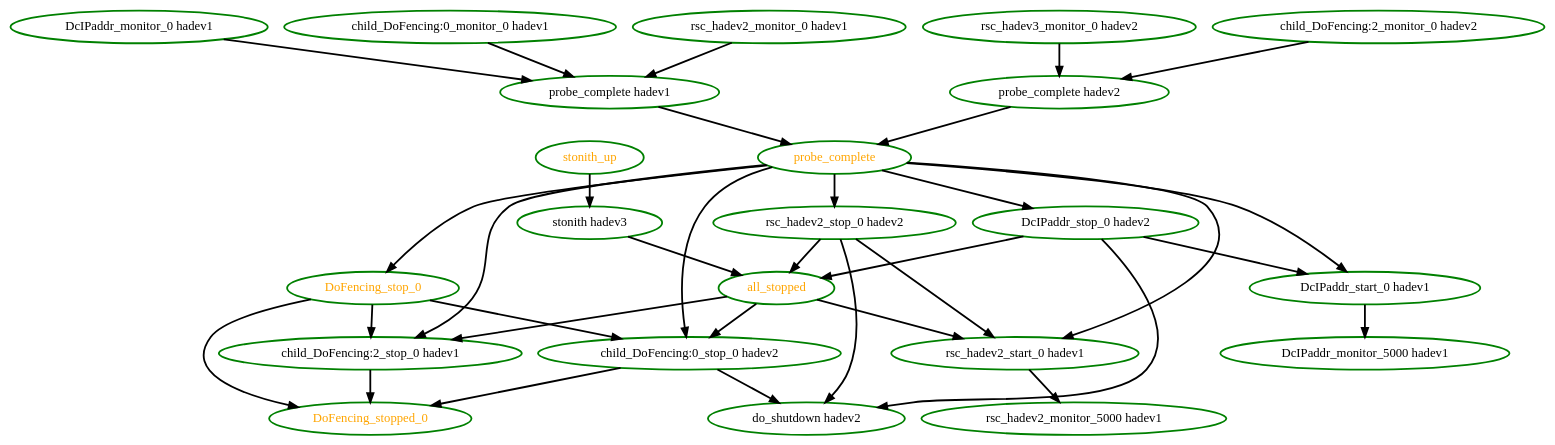
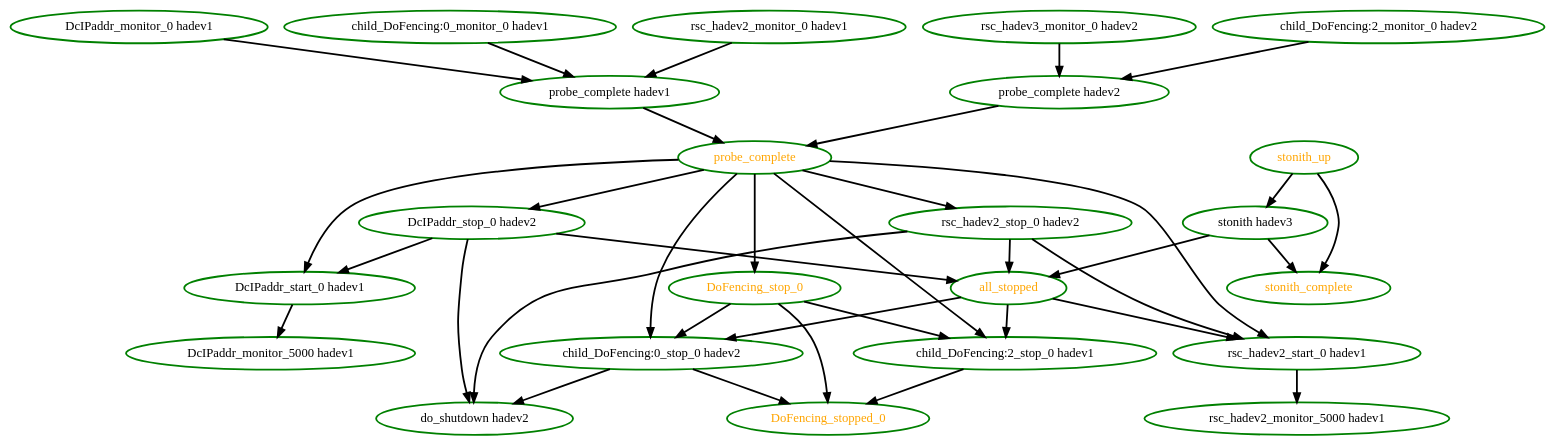
The diagram in pengine/test10/594.dot (linux-ha-japan/pm_diskd), drawn with Graphviz before and after one commit. The commit also changed 83 other files, not shown here.

Commit message:
Low: PE: Create a stonith-complete pseudo action that actions can depend on

```diff
--- a/pengine/test10/594.dot
+++ b/pengine/test10/594.dot
@@ -1,57 +1,60 @@
  digraph "g" {
 "DcIPaddr_monitor_0 hadev1" -> "probe_complete hadev1" [ style = bold]
 "DcIPaddr_monitor_0 hadev1" [ style=bold color="green" fontcolor="black" ]
 "DcIPaddr_monitor_5000 hadev1" [ style=bold color="green" fontcolor="black" ]
 "DcIPaddr_start_0 hadev1" -> "DcIPaddr_monitor_5000 hadev1" [ style = bold]
 "DcIPaddr_start_0 hadev1" [ style=bold color="green" fontcolor="black" ]
 "DcIPaddr_stop_0 hadev2" -> "DcIPaddr_start_0 hadev1" [ style = bold]
 "DcIPaddr_stop_0 hadev2" -> "all_stopped" [ style = bold]
 "DcIPaddr_stop_0 hadev2" -> "do_shutdown hadev2" [ style = bold]
 "DcIPaddr_stop_0 hadev2" [ style=bold color="green" fontcolor="black" ]
 "DoFencing_stop_0" -> "DoFencing_stopped_0" [ style = bold]
 "DoFencing_stop_0" -> "child_DoFencing:0_stop_0 hadev2" [ style = bold]
 "DoFencing_stop_0" -> "child_DoFencing:2_stop_0 hadev1" [ style = bold]
 "DoFencing_stop_0" [ style=bold color="green" fontcolor="orange" ]
 "DoFencing_stopped_0" [ style=bold color="green" fontcolor="orange" ]
 "all_stopped" -> "child_DoFencing:0_stop_0 hadev2" [ style = bold]
 "all_stopped" -> "child_DoFencing:2_stop_0 hadev1" [ style = bold]
 "all_stopped" -> "rsc_hadev2_start_0 hadev1" [ style = bold]
 "all_stopped" [ style=bold color="green" fontcolor="orange"  ]
 "child_DoFencing:0_monitor_0 hadev1" -> "probe_complete hadev1" [ style = bold]
 "child_DoFencing:0_monitor_0 hadev1" [ style=bold color="green" fontcolor="black" ]
 "child_DoFencing:0_stop_0 hadev2" -> "DoFencing_stopped_0" [ style = bold]
 "child_DoFencing:0_stop_0 hadev2" -> "do_shutdown hadev2" [ style = bold]
 "child_DoFencing:0_stop_0 hadev2" [ style=bold color="green" fontcolor="black" ]
 "child_DoFencing:2_monitor_0 hadev2" -> "probe_complete hadev2" [ style = bold]
 "child_DoFencing:2_monitor_0 hadev2" [ style=bold color="green" fontcolor="black" ]
 "child_DoFencing:2_stop_0 hadev1" -> "DoFencing_stopped_0" [ style = bold]
 "child_DoFencing:2_stop_0 hadev1" [ style=bold color="green" fontcolor="black" ]
 "do_shutdown hadev2" [ style=bold color="green" fontcolor="black" ]
 "probe_complete hadev1" -> "probe_complete" [ style = bold]
 "probe_complete hadev1" [ style=bold color="green" fontcolor="black" ]
 "probe_complete hadev2" -> "probe_complete" [ style = bold]
 "probe_complete hadev2" [ style=bold color="green" fontcolor="black" ]
 "probe_complete" -> "DcIPaddr_start_0 hadev1" [ style = bold]
 "probe_complete" -> "DcIPaddr_stop_0 hadev2" [ style = bold]
 "probe_complete" -> "DoFencing_stop_0" [ style = bold]
 "probe_complete" -> "child_DoFencing:0_stop_0 hadev2" [ style = bold]
 "probe_complete" -> "child_DoFencing:2_stop_0 hadev1" [ style = bold]
 "probe_complete" -> "rsc_hadev2_start_0 hadev1" [ style = bold]
 "probe_complete" -> "rsc_hadev2_stop_0 hadev2" [ style = bold]
 "probe_complete" [ style=bold color="green" fontcolor="orange" ]
 "rsc_hadev2_monitor_0 hadev1" -> "probe_complete hadev1" [ style = bold]
 "rsc_hadev2_monitor_0 hadev1" [ style=bold color="green" fontcolor="black" ]
 "rsc_hadev2_monitor_5000 hadev1" [ style=bold color="green" fontcolor="black" ]
 "rsc_hadev2_start_0 hadev1" -> "rsc_hadev2_monitor_5000 hadev1" [ style = bold]
 "rsc_hadev2_start_0 hadev1" [ style=bold color="green" fontcolor="black" ]
 "rsc_hadev2_stop_0 hadev2" -> "all_stopped" [ style = bold]
 "rsc_hadev2_stop_0 hadev2" -> "do_shutdown hadev2" [ style = bold]
 "rsc_hadev2_stop_0 hadev2" -> "rsc_hadev2_start_0 hadev1" [ style = bold]
 "rsc_hadev2_stop_0 hadev2" [ style=bold color="green" fontcolor="black" ]
 "rsc_hadev3_monitor_0 hadev2" -> "probe_complete hadev2" [ style = bold]
 "rsc_hadev3_monitor_0 hadev2" [ style=bold color="green" fontcolor="black" ]
 "stonith hadev3" -> "all_stopped" [ style = bold]
+"stonith hadev3" -> "stonith_complete" [ style = bold]
 "stonith hadev3" [ style=bold color="green" fontcolor="black" ]
+"stonith_complete" [ style=bold color="green" fontcolor="orange"  ]
 "stonith_up" -> "stonith hadev3" [ style = bold]
+"stonith_up" -> "stonith_complete" [ style = bold]
 "stonith_up" [ style=bold color="green" fontcolor="orange"  ]
 }
```
